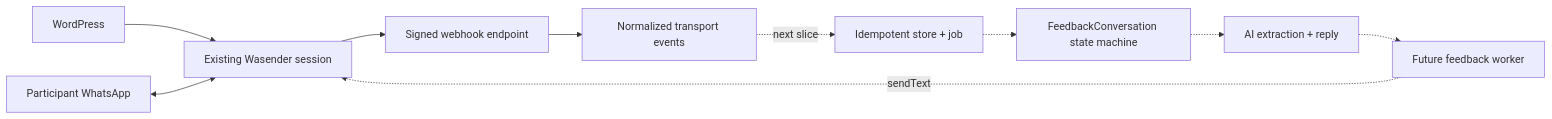
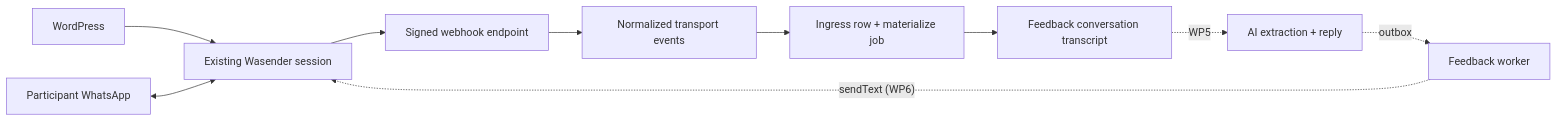
The diagram in docs/backend/mechanisms/wasender.md (johnakisk0700/slopform), drawn with Mermaid before and after one commit. The commit also changed other lines of this file and 27 other files, not shown here.

````diff
--- a/docs/backend/mechanisms/wasender.md
+++ b/docs/backend/mechanisms/wasender.md
@@ -61,12 +80,12 @@
 ```mermaid
 flowchart LR
   WP["WordPress"] --> Wasender["Existing Wasender session"]
   Participant["Participant WhatsApp"] <--> Wasender
-  Worker["Future feedback worker"] -. "sendText" .-> Wasender
+  Worker["Feedback worker"] -. "sendText (WP6)" .-> Wasender
   Wasender --> Hook["Signed webhook endpoint"]
   Hook --> Normalized["Normalized transport events"]
-  Normalized -. "next slice" .-> Store["Idempotent store + job"]
-  Store -.-> Conversation["FeedbackConversation state machine"]
-  Conversation -.-> AI["AI extraction + reply"]
-  AI -.-> Worker
+  Normalized --> Store["Ingress row + materialize job"]
+  Store --> Conversation["Feedback conversation transcript"]
+  Conversation -. "WP5" .-> AI["AI extraction + reply"]
+  AI -. "outbox" .-> Worker
 ```
````
